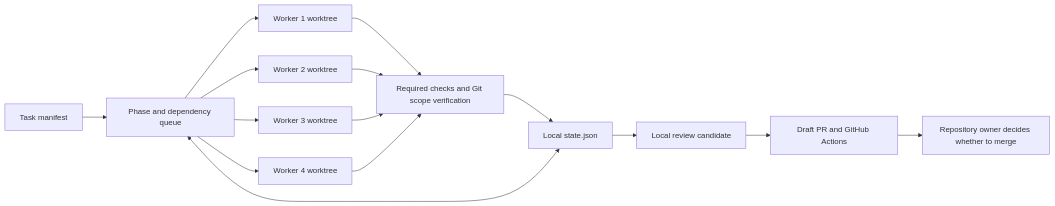
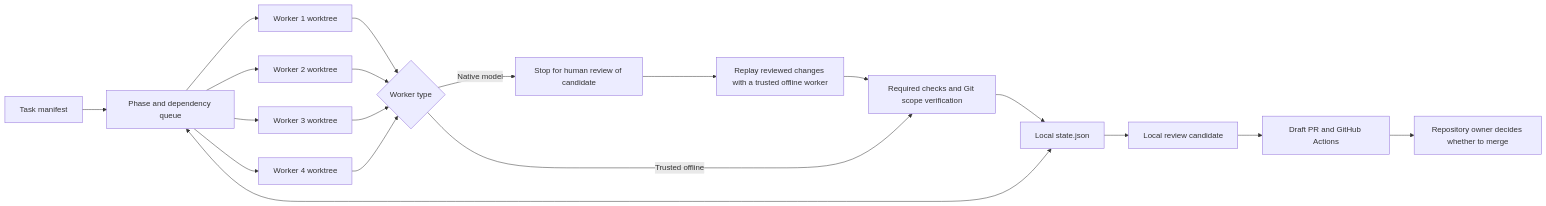
Before and after one commit to BommepalliRoop/hookguard: the diagram in docs/orchestrator.md, drawn with Mermaid. The commit also changed other lines of this file and 7 other files, not shown here.

````diff
--- a/docs/orchestrator.md
+++ b/docs/orchestrator.md
@@ -9,14 +9,18 @@
 ```mermaid
 flowchart LR
     Config[Task manifest] --> Queue[Phase and dependency queue]
     State[Local state.json] <--> Queue
     Queue --> A[Worker 1 worktree]
     Queue --> B[Worker 2 worktree]
     Queue --> C[Worker 3 worktree]
     Queue --> D[Worker 4 worktree]
-    A & B & C & D --> Check[Required checks and Git scope verification]
+    A & B & C & D --> Trust{Worker type}
+    Trust -->|Native model| Inspect[Stop for human review of candidate]
+    Inspect --> Replay[Replay reviewed changes with a trusted offline worker]
+    Replay --> Check[Required checks and Git scope verification]
+    Trust -->|Trusted offline| Check
     Check --> State
     State --> Review[Local review candidate]
     Review --> CI[Draft PR and GitHub Actions]
     CI --> Owner[Repository owner decides whether to merge]
 ```
````
